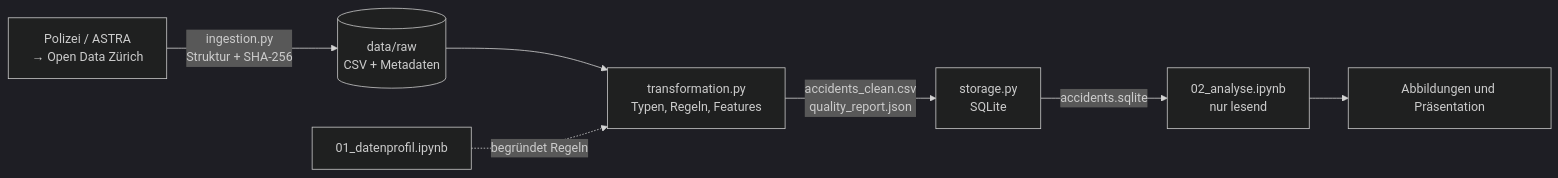
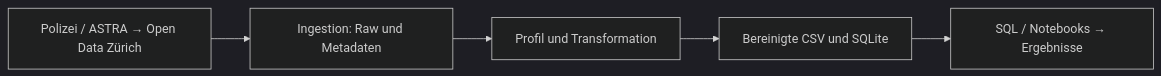
One commit to soutorub/de_projektarbeit_hs_2026_zhaw changed the diagram in README.md. Above: the diagram before and after it, drawn with Mermaid (dark theme). The commit also changed other lines of this file and 8 other files, not shown here.

````diff
--- a/README.md
+++ b/README.md
@@ -93,9 +91,7 @@
 ```mermaid
 flowchart LR
-    Q[Polizei / ASTRA<br/>→ Open Data Zürich] -->|ingestion.py<br/>Struktur + SHA-256| R[(data/raw<br/>CSV + Metadaten)]
-    R --> T[transformation.py<br/>Typen, Regeln, Features]
-    P[01_datenprofil.ipynb] -.->|begründet Regeln| T
-    T -->|accidents_clean.csv<br/>quality_report.json| S[storage.py<br/>SQLite]
-    S -->|accidents.sqlite| A[02_analyse.ipynb<br/>nur lesend]
-    A --> O[Abbildungen und Präsentation]
+    Q[Polizei / ASTRA → Open Data Zürich] --> I[Ingestion: Raw und Metadaten]
+    I --> T[Profil und Transformation]
+    T --> S[Bereinigte CSV und SQLite]
+    S --> A[SQL / Notebooks → Ergebnisse]
 ```
````
